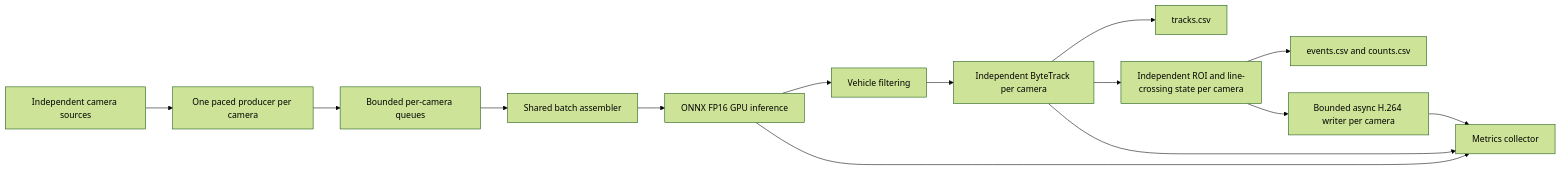
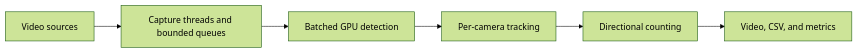
One commit to cornelGrg/cv-multi-monitoring changed the diagram in README.md. Above: the diagram before and after it, drawn with Mermaid (forest theme). The commit also changed other lines of this file and 11 other files, not shown here.

````diff
--- a/README.md
+++ b/README.md
@@ -33,16 +17,8 @@
 ```mermaid
 flowchart LR
-    C[Independent camera sources] --> P[One paced producer per camera]
-    P --> Q[Bounded per-camera queues]
-    Q --> B[Shared batch assembler]
-    B --> G[ONNX FP16 GPU inference]
-    G --> F[Vehicle filtering]
-    F --> T[Independent ByteTrack per camera]
-    T --> CSV[tracks.csv]
-    T --> A[Independent ROI and line-crossing state per camera]
-    A --> E[events.csv and counts.csv]
-    A --> V[Bounded async H.264 writer per camera]
-    G --> M[Metrics collector]
-    T --> M
-    V --> M
+    A[Video sources] --> B[Capture threads and bounded queues]
+    B --> C[Batched GPU detection]
+    C --> D[Per-camera tracking]
+    D --> E[Directional counting]
+    E --> F[Video, CSV, and metrics]
 ```
````
